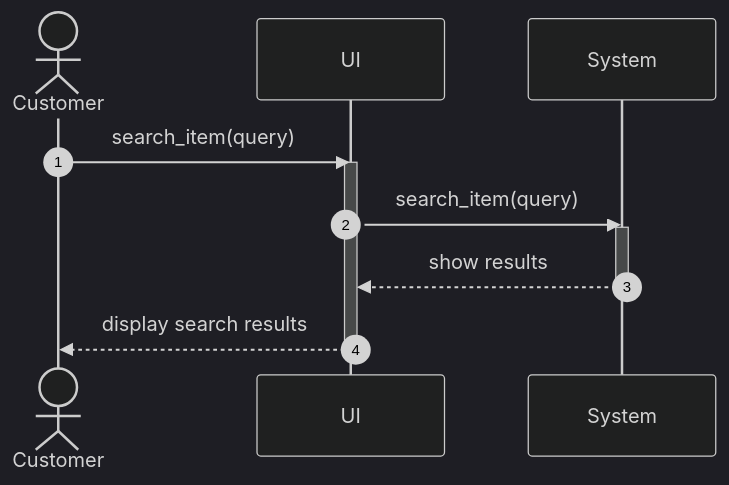
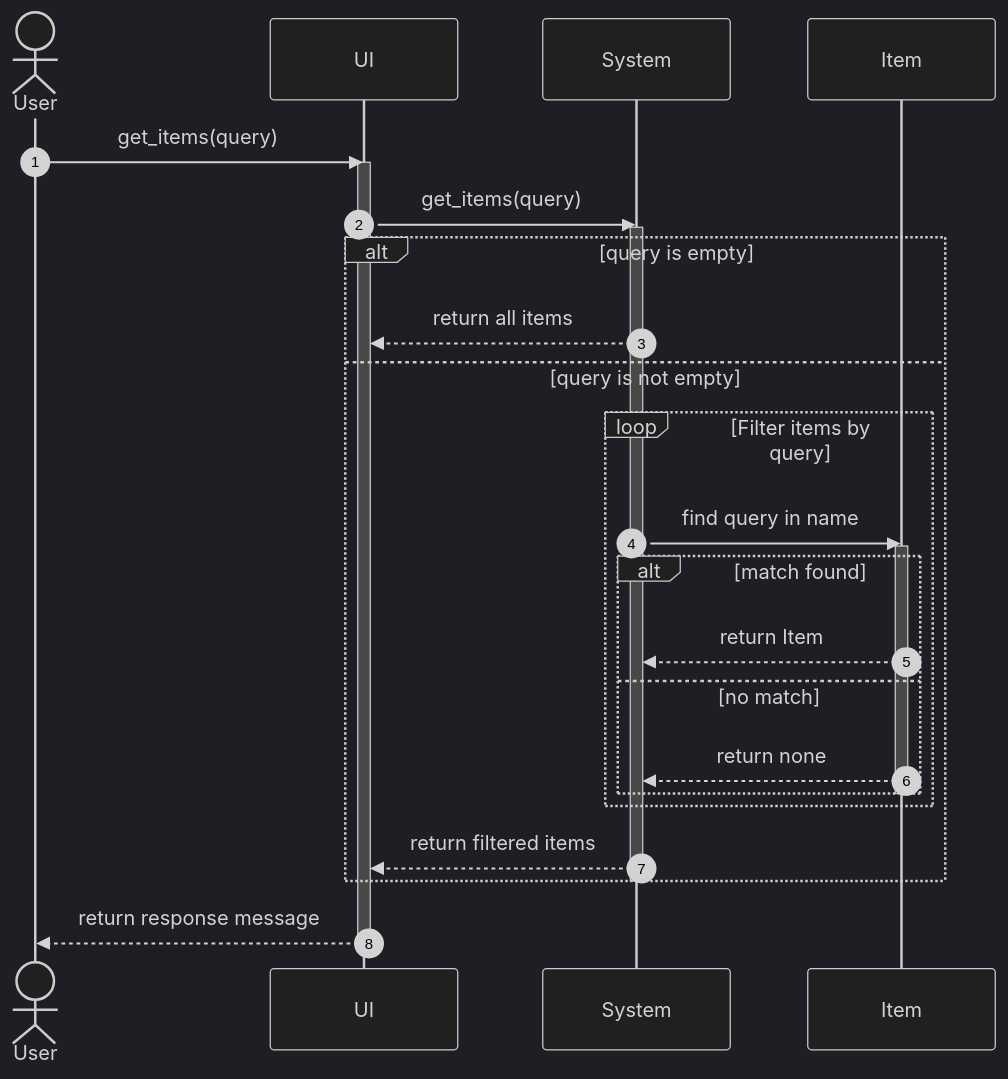
Before and after one commit to Bokutosimp/CE_OOP_PROJECT: the diagram in diagram/sequence/search_item.md, drawn with Mermaid. The commit also changed 12 other files, not shown here.

Commit message:
remove unneccessary comment and add sq diagram

````diff
--- a/diagram/sequence/search_item.md
+++ b/diagram/sequence/search_item.md
@@ -1,23 +1,40 @@
 ```mermaid
 ---
 config:
   theme: dark
   look: classic
 ---
 
 sequenceDiagram
 autonumber
 
-    actor Customer
+    actor User
     participant UI
     participant System
+    participant Item
 
-    Customer ->> UI: search_item(query)
+    User ->> UI: get_items(query)
     activate UI
-    UI ->> System: search_item(query)
+    UI ->> System: get_items(query)
     activate System
-    System -->> UI: show results
+
+    alt query is empty
+        System -->> UI: return all items
+    else query is not empty
+        loop Filter items by query
+            System ->> Item: find query in name
+            activate Item
+            alt match found
+                Item -->> System: return Item
+            else no match
+                Item -->> System: return none
+            end
+            deactivate Item
+        end
+        System -->> UI: return filtered items
+    end
+
     deactivate System
-    UI -->> Customer: display search results
+    UI -->> User: return response message
     deactivate UI
 ```
````
